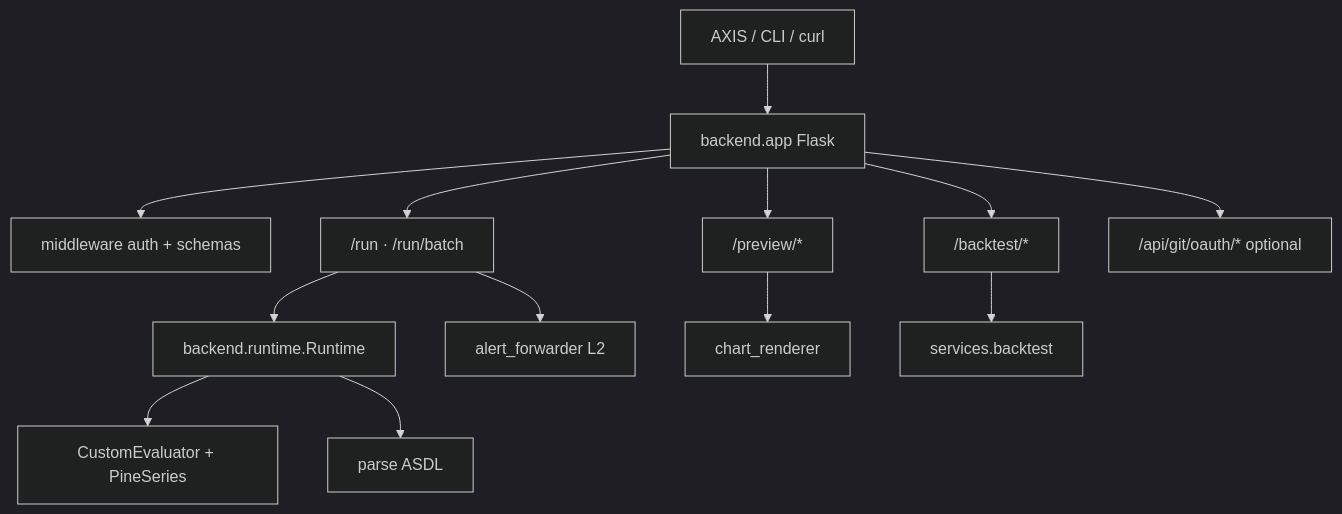
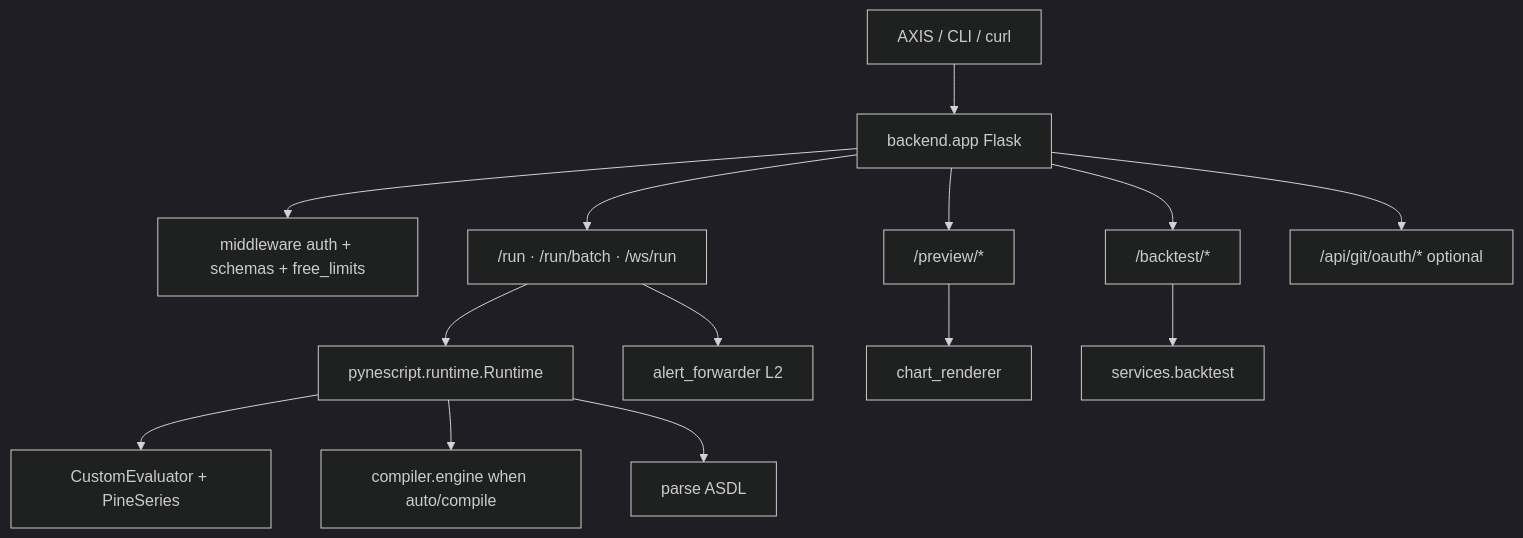
The diagram in docs/pyne/api/index.mdx (hoox-sh/pyne), drawn with Mermaid (dark theme) before and after one commit. The commit also changed other lines of this file and 101 other files, not shown here.

````diff
--- a/docs/pyne/api/index.mdx
+++ b/docs/pyne/api/index.mdx
@@ -46,15 +47,16 @@
 ```mermaid
 flowchart TB
   CLIENT[AXIS / CLI / curl] --> FLASK[backend.app Flask]
-  FLASK --> AUTH[middleware auth + schemas]
-  FLASK --> RUN["/run · /run/batch"]
+  FLASK --> AUTH[middleware auth + schemas + free_limits]
+  FLASK --> RUN["/run · /run/batch · /ws/run"]
   FLASK --> PREV["/preview/*"]
   FLASK --> BT["/backtest/*"]
   FLASK --> GIT["/api/git/oauth/* optional"]
-  RUN --> RT[backend.runtime.Runtime]
+  RUN --> RT[pynescript.runtime.Runtime]
   RUN --> WH[alert_forwarder L2]
   PREV --> CHART[chart_renderer]
   BT --> BACK[services.backtest]
   RT --> EVAL[CustomEvaluator + PineSeries]
+  RT --> CMP[compiler.engine when auto/compile]
   RT --> AST[parse ASDL]
 ```
````
